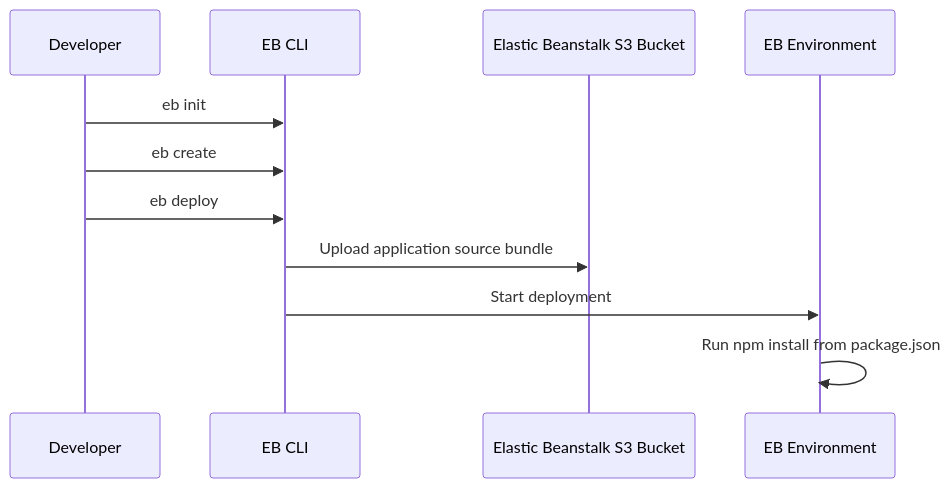
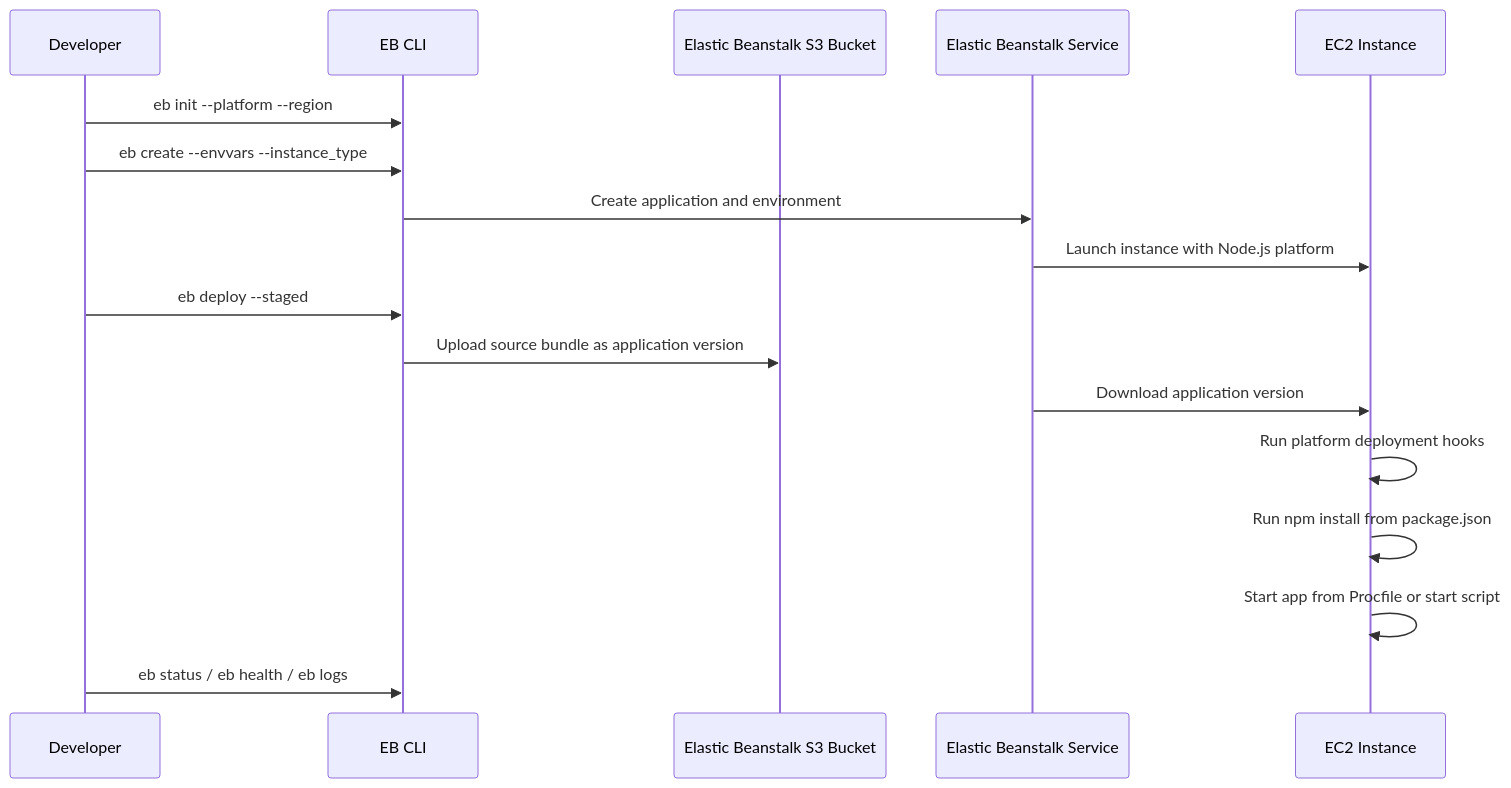
The diagram in docs/language-guides/nodejs/02-first-deploy.md (yeongseon/aws-elastic-beanstalk-practical-guide), drawn with Mermaid before and after one commit. The commit also changed other lines of this file and 223 other files, not shown here.

````diff
--- a/docs/language-guides/nodejs/02-first-deploy.md
+++ b/docs/language-guides/nodejs/02-first-deploy.md
@@ -14,13 +22,19 @@
 ```mermaid
 sequenceDiagram
     participant Dev as Developer
     participant EBCLI as EB CLI
     participant S3 as Elastic Beanstalk S3 Bucket
-    participant Env as EB Environment
-    Dev->>EBCLI: eb init
-    Dev->>EBCLI: eb create
-    Dev->>EBCLI: eb deploy
-    EBCLI->>S3: Upload application source bundle
-    EBCLI->>Env: Start deployment
-    Env->>Env: Run npm install from package.json
+    participant EB as Elastic Beanstalk Service
+    participant EC2 as EC2 Instance
+    Dev->>EBCLI: eb init --platform --region
+    Dev->>EBCLI: eb create --envvars --instance_type
+    EBCLI->>EB: Create application and environment
+    EB->>EC2: Launch instance with Node.js platform
+    Dev->>EBCLI: eb deploy --staged
+    EBCLI->>S3: Upload source bundle as application version
+    EB->>EC2: Download application version
+    EC2->>EC2: Run platform deployment hooks
+    EC2->>EC2: Run npm install from package.json
+    EC2->>EC2: Start app from Procfile or start script
+    Dev->>EBCLI: eb status / eb health / eb logs
 ```
````
